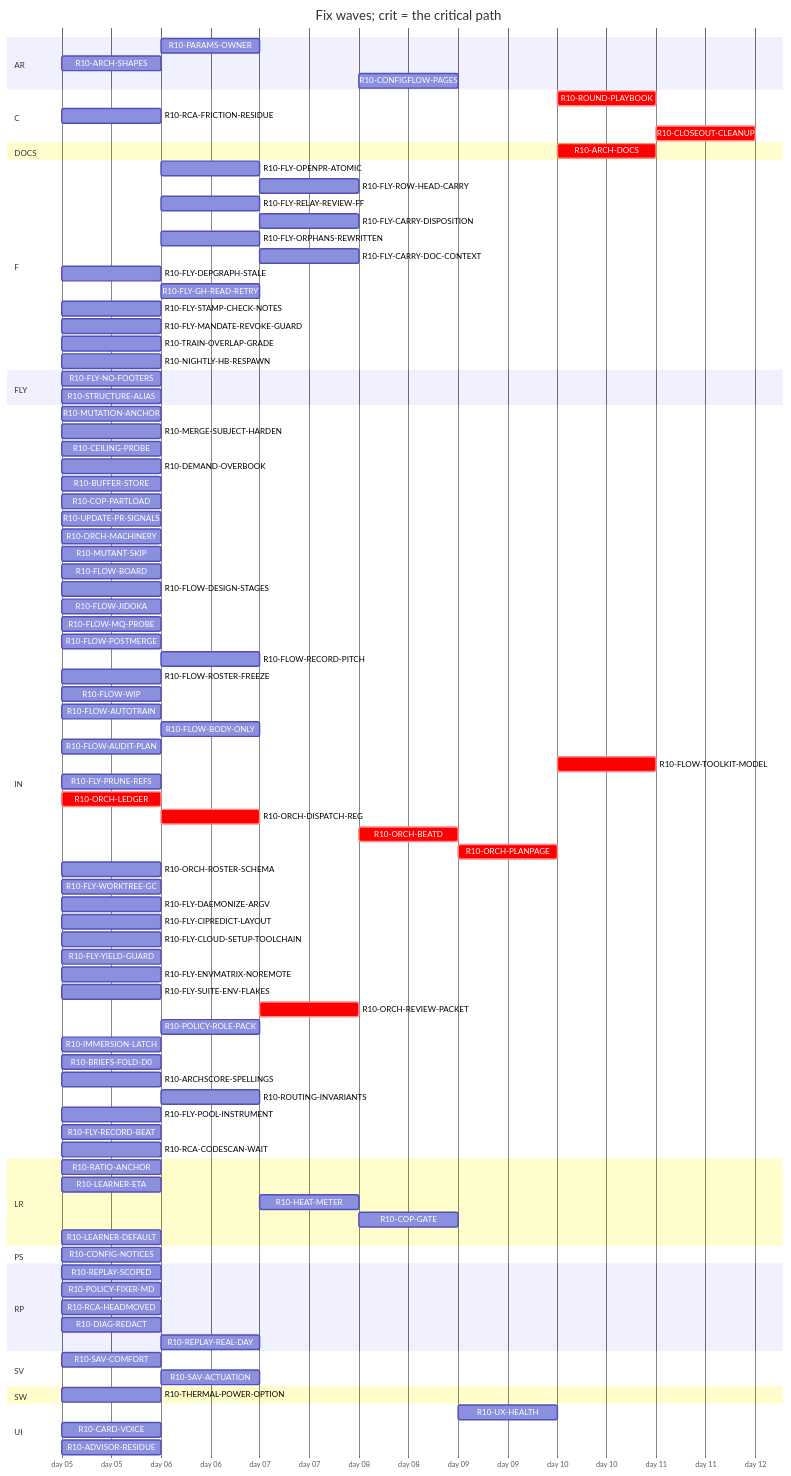
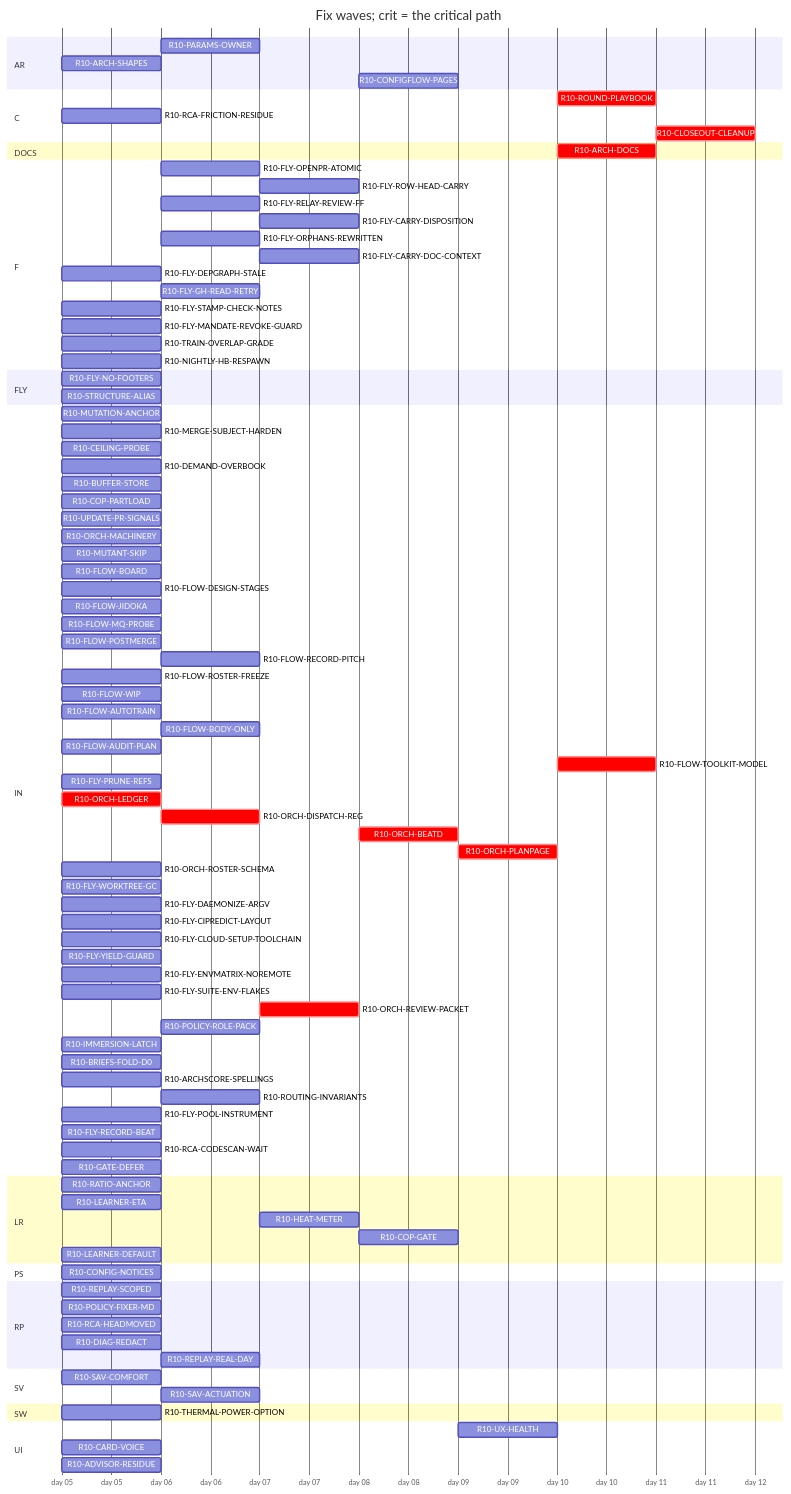
One commit to tvofi/heatpump_optimizer changed the diagram in handoff/round10/state/PLAN-TABLE.md. Above: the diagram before and after it, drawn with Mermaid. The commit also changed other lines of this file and 2 other files, not shown here.

```diff
--- a/handoff/round10/state/PLAN-TABLE.md
+++ b/handoff/round10/state/PLAN-TABLE.md
@@ -36,7 +36,7 @@
     R10-RCA-FRICTION-RESIDUE :r10RCAFRICTIONRESIDUE, 2026-01-05, 1d
     R10-CLOSEOUT-CLEANUP :crit, r10CLOSEOUTCLEANUP, after r10FLYPRUNEREFS r10FLYWORKTREEGC r10ARCHDOCS r10ROUNDPLAYBOOK, 1d
   section DOCS
-    R10-ARCH-DOCS :crit, r10ARCHDOCS, after r10RATIOANCHOR r10CONFIGNOTICES r10PARAMSOWNER r10ARCHSHAPES r10LEARNERETA r10HEATMETER r10COPGATE r10UXHEALTH r10CONFIGFLOWPAGES r10REPLAYSCOPED r10POLICYFIXERMD r10RCAHEADMOVED r10SAVCOMFORT r10MUTATIONANCHOR r10MERGESUBJECTHARDEN r10CEILINGPROBE r10DEMANDOVERBOOK r10BUFFERSTORE r10COPPARTLOAD r10UPDATEPRSIGNALS r10CARDVOICE r10THERMALPOWEROPTION r10LEARNERDEFAULT r10MUTANTSKIP r10FLOWBOARD r10FLOWDESIGNSTAGES r10FLOWJIDOKA r10FLOWMQPROBE r10FLOWPOSTMERGE r10FLOWRECORDPITCH r10FLOWROSTERFREEZE r10FLOWWIP r10FLOWAUTOTRAIN r10FLOWBODYONLY r10FLYOPENPRATOMIC r10FLYROWHEADCARRY r10FLOWAUDITPLAN r10FLYRELAYREVIEWFF r10FLYCARRYDISPOSITION r10FLYORPHANSREWRITTEN r10FLYCARRYDOCCONTEXT r10FLYDEPGRAPHSTALE r10FLOWTOOLKITMODEL r10FLYSTAMPCHECKNOTES r10FLYMANDATEREVOKEGUARD r10RCAFRICTIONRESIDUE r10TRAINOVERLAPGRADE r10NIGHTLYHBRESPAWN r10FLYPRUNEREFS r10ORCHLEDGER r10ORCHDISPATCHREG r10ORCHBEATD r10ORCHPLANPAGE r10ORCHROSTERSCHEMA r10FLYWORKTREEGC r10FLYDAEMONIZEARGV r10FLYCIPREDICTLAYOUT r10FLYCLOUDSETUPTOOLCHAIN r10FLYYIELDGUARD r10FLYENVMATRIXNOREMOTE r10STRUCTUREALIAS r10ORCHREVIEWPACKET r10POLICYROLEPACK r10IMMERSIONLATCH r10DIAGREDACT r10ADVISORRESIDUE r10BRIEFSFOLDD0 r10REPLAYREALDAY r10ARCHSCORESPELLINGS r10ROUTINGINVARIANTS r10SAVACTUATION r10FLYPOOLINSTRUMENT r10FLYRECORDBEAT r10RCACODESCANWAIT, 1d
+    R10-ARCH-DOCS :crit, r10ARCHDOCS, after r10RATIOANCHOR r10CONFIGNOTICES r10PARAMSOWNER r10ARCHSHAPES r10LEARNERETA r10HEATMETER r10COPGATE r10UXHEALTH r10CONFIGFLOWPAGES r10REPLAYSCOPED r10POLICYFIXERMD r10RCAHEADMOVED r10SAVCOMFORT r10MUTATIONANCHOR r10MERGESUBJECTHARDEN r10CEILINGPROBE r10DEMANDOVERBOOK r10BUFFERSTORE r10COPPARTLOAD r10UPDATEPRSIGNALS r10CARDVOICE r10THERMALPOWEROPTION r10LEARNERDEFAULT r10MUTANTSKIP r10FLOWBOARD r10FLOWDESIGNSTAGES r10FLOWJIDOKA r10FLOWMQPROBE r10FLOWPOSTMERGE r10FLOWRECORDPITCH r10FLOWROSTERFREEZE r10FLOWWIP r10FLOWAUTOTRAIN r10FLOWBODYONLY r10FLYOPENPRATOMIC r10FLYROWHEADCARRY r10FLOWAUDITPLAN r10FLYRELAYREVIEWFF r10FLYCARRYDISPOSITION r10FLYORPHANSREWRITTEN r10FLYCARRYDOCCONTEXT r10FLYDEPGRAPHSTALE r10FLOWTOOLKITMODEL r10FLYSTAMPCHECKNOTES r10FLYMANDATEREVOKEGUARD r10RCAFRICTIONRESIDUE r10TRAINOVERLAPGRADE r10NIGHTLYHBRESPAWN r10FLYPRUNEREFS r10ORCHLEDGER r10ORCHDISPATCHREG r10ORCHBEATD r10ORCHPLANPAGE r10ORCHROSTERSCHEMA r10FLYWORKTREEGC r10FLYDAEMONIZEARGV r10FLYCIPREDICTLAYOUT r10FLYCLOUDSETUPTOOLCHAIN r10FLYYIELDGUARD r10FLYENVMATRIXNOREMOTE r10STRUCTUREALIAS r10ORCHREVIEWPACKET r10POLICYROLEPACK r10IMMERSIONLATCH r10DIAGREDACT r10ADVISORRESIDUE r10BRIEFSFOLDD0 r10REPLAYREALDAY r10ARCHSCORESPELLINGS r10ROUTINGINVARIANTS r10SAVACTUATION r10FLYPOOLINSTRUMENT r10FLYRECORDBEAT r10RCACODESCANWAIT r10GATEDEFER, 1d
   section F
     R10-FLY-OPENPR-ATOMIC :r10FLYOPENPRATOMIC, after r10UPDATEPRSIGNALS, 1d
     R10-FLY-ROW-HEAD-CARRY :r10FLYROWHEADCARRY, after r10FLYOPENPRATOMIC r10FLOWMQPROBE, 1d
@@ -97,6 +97,7 @@
     R10-FLY-POOL-INSTRUMENT :r10FLYPOOLINSTRUMENT, 2026-01-05, 1d
     R10-FLY-RECORD-BEAT :r10FLYRECORDBEAT, 2026-01-05, 1d
     R10-RCA-CODESCAN-WAIT :r10RCACODESCANWAIT, 2026-01-05, 1d
+    R10-GATE-DEFER :r10GATEDEFER, 2026-01-05, 1d
   section LR
     R10-RATIO-ANCHOR :r10RATIOANCHOR, 2026-01-05, 1d
     R10-LEARNER-ETA :r10LEARNERETA, 2026-01-05, 1d
```
